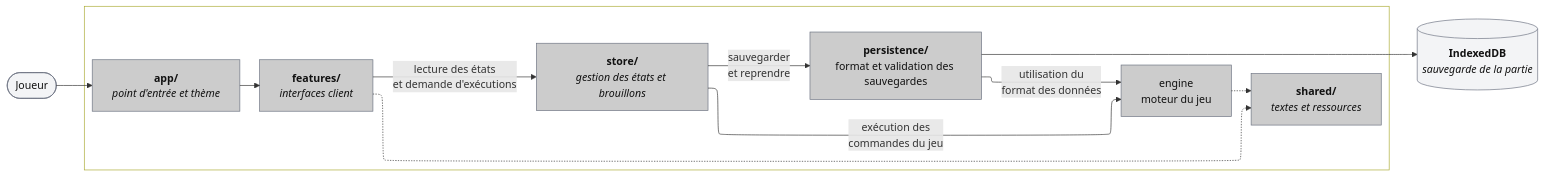
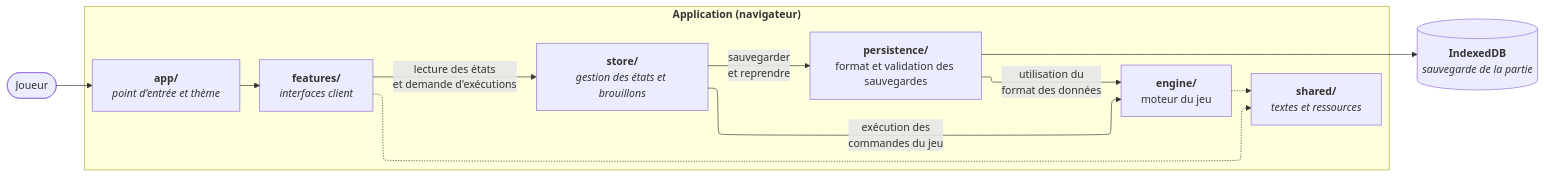
Before and after one commit to peangoulvant/Tacticoop: the diagram in docs/diagrams/01-architecture.md, drawn with Mermaid. The commit also changed 9 other files, not shown here.

Commit message:
docs: update diagrams

````diff
--- a/docs/diagrams/01-architecture.md
+++ b/docs/diagrams/01-architecture.md
@@ -5,42 +5,40 @@
 ```mermaid
 ---
 config:
   layout: elk
+  theme: default
+  look: classic
 ---
 flowchart LR
     joueur(["Joueur"])
 
     subgraph navigateur["`**Application (navigateur)**`"]
         app@{ label: "**app/**<br>*point d'entrée et thème*", shape: rect }
         features["`**features/**<br>*interfaces client*`"]
         store["`**store/**<br>*gestion des états et brouillons*`"]
         persistence["`**persistence/**<br>format et validation des sauvegardes`"]
-        engine["engine<br>moteur du jeu"]
+        engine["`**engine/**<br>moteur du jeu`"]
         shared["`**shared/**<br>*textes et ressources*`"]
     end
 
     idb[("`**IndexedDB**<br>*sauvegarde de la partie*`")]
 
     joueur --> app
     app --> features
     features -- lecture des états<br>et demande d'exécutions --> store
     features .-> shared
     store -- exécution des<br>commandes du jeu --> engine
     store -- sauvegarder<br>et reprendre --> persistence
     persistence -- utilisation du<br>format des données --> engine
     persistence --> idb
     engine .-> shared
 
-    app:::ui
-    features:::ui
-    shared:::ui
-    store:::ui
-    persistence:::ui
-    engine:::ui
-    joueur:::ext
-    idb:::ext
-
-    classDef ui fill:#cccccc,stroke:#6b7280,color:#111
-    classDef ext fill:#f3f4f6,stroke:#6b7280,color:#111
-    style navigateur stroke:#fffff,fill:transparent,color:#ffffff
+    app
+    features
+    shared
+    store
+    persistence
+    engine
+    joueur
+    idb
 ```
````
